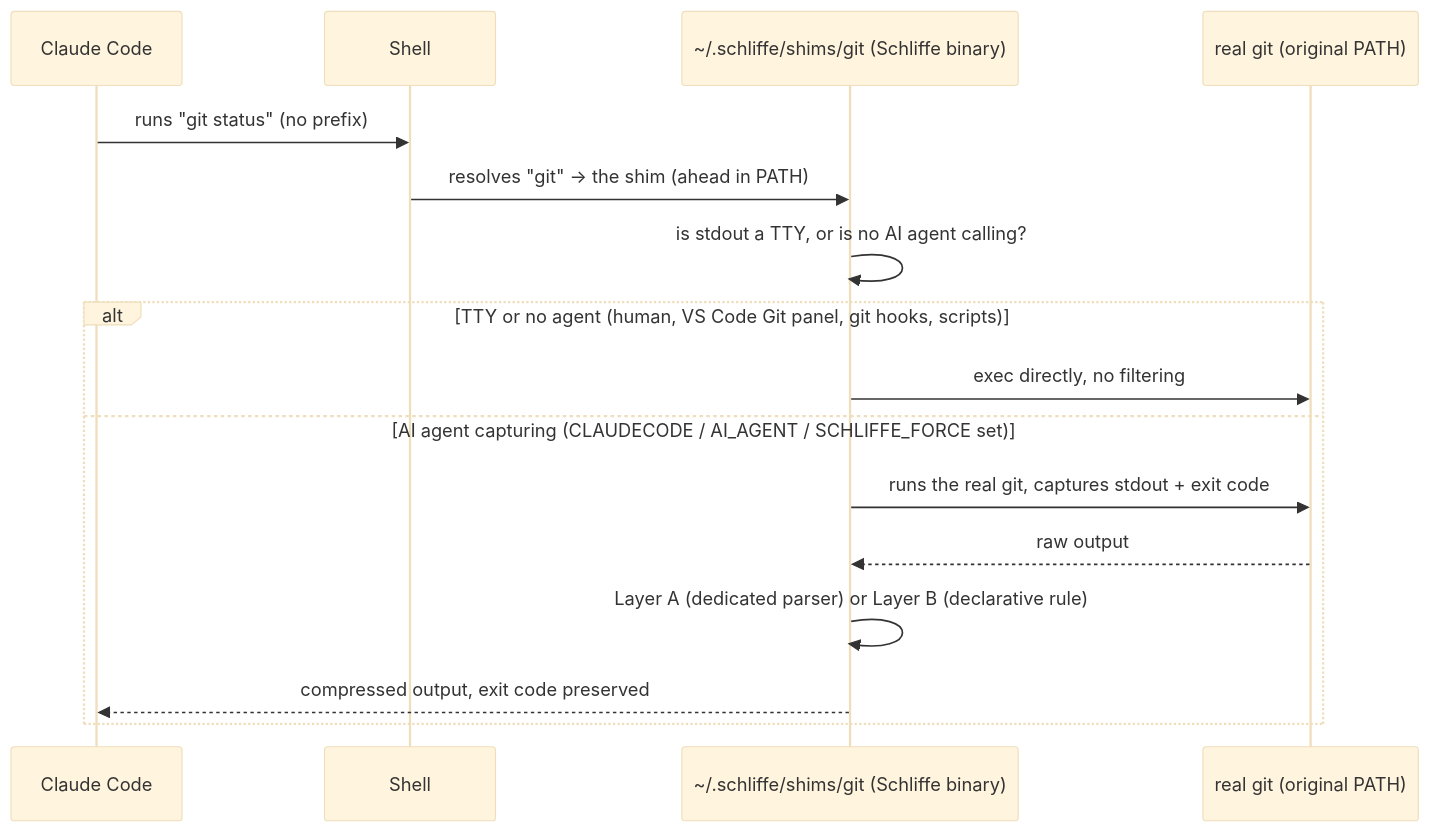
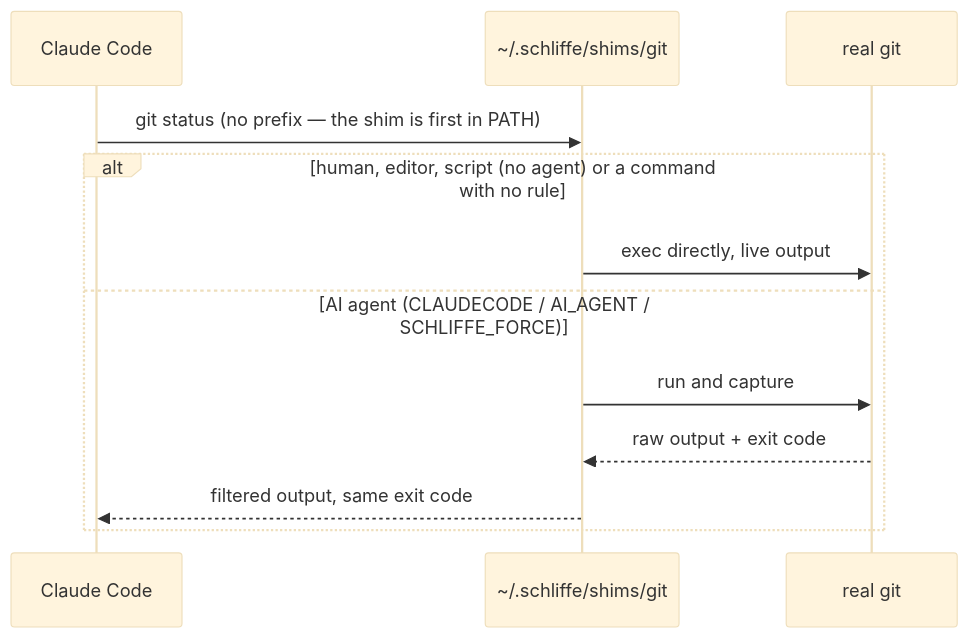
One commit to mkmuniz/elagix-tk changed the diagram in README.md. Above: the diagram before and after it, drawn with Mermaid (base theme). The commit also changed other lines of this file, not shown here.

````diff
--- a/README.md
+++ b/README.md
@@ -133,18 +170,14 @@
 ```mermaid
 sequenceDiagram
     participant Claude as Claude Code
-    participant Shell
-    participant Shim as ~/.schliffe/shims/git (Schliffe binary)
-    participant RealGit as real git (original PATH)
-    Claude->>Shell: runs "git status" (no prefix)
-    Shell->>Shim: resolves "git" -> the shim (ahead in PATH)
-    Shim->>Shim: is stdout a TTY, or is no AI agent calling?
-    alt TTY or no agent (human, VS Code Git panel, git hooks, scripts)
-        Shim->>RealGit: exec directly, no filtering
-    else AI agent capturing (CLAUDECODE / AI_AGENT / SCHLIFFE_FORCE set)
-        Shim->>RealGit: runs the real git, captures stdout + exit code
-        RealGit-->>Shim: raw output
-        Shim->>Shim: Layer A (dedicated parser) or Layer B (declarative rule)
-        Shim-->>Claude: compressed output, exit code preserved
+    participant Shim as ~/.schliffe/shims/git
+    participant Git as real git
+    Claude->>Shim: git status (no prefix — the shim is first in PATH)
+    alt human, editor, script (no agent) or a command with no rule
+        Shim->>Git: exec directly, live output
+    else AI agent (CLAUDECODE / AI_AGENT / SCHLIFFE_FORCE)
+        Shim->>Git: run and capture
+        Git-->>Shim: raw output + exit code
+        Shim-->>Claude: filtered output, same exit code
     end
 ```
````
